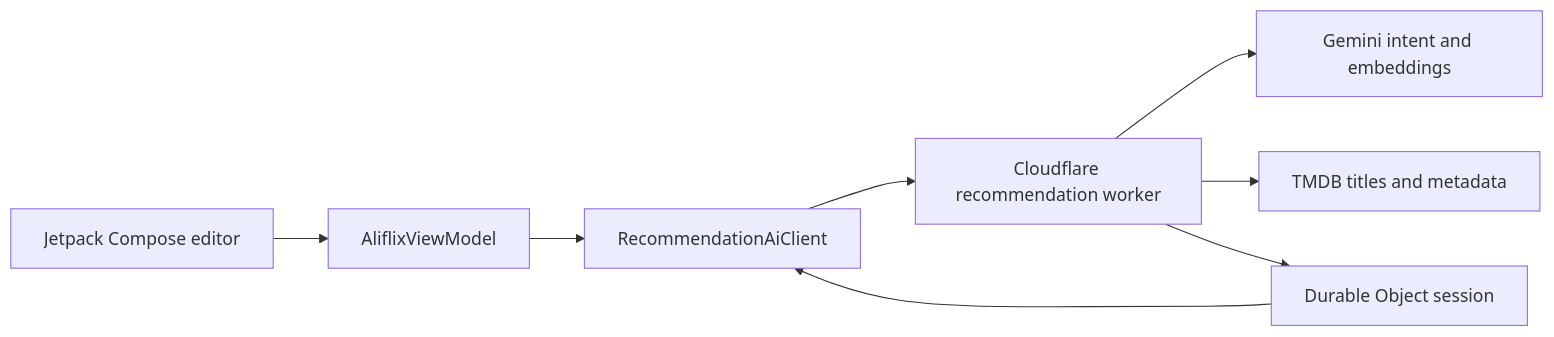
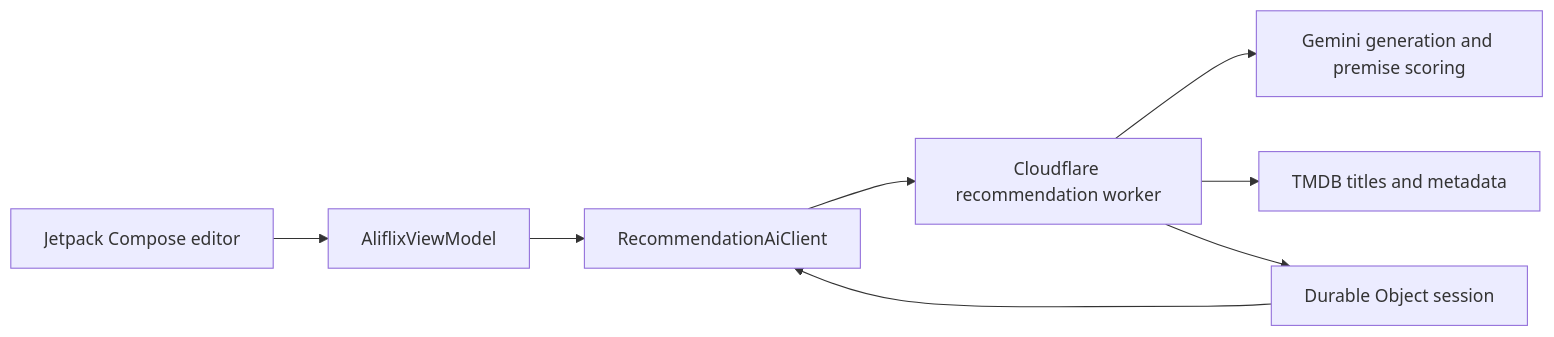
The diagram in README.md (alishaban144/aliflix-android), drawn with Mermaid before and after one commit. The commit also changed other lines of this file and 61 other files, not shown here.

````diff
--- a/README.md
+++ b/README.md
@@ -33,10 +33,10 @@
 ```mermaid
 flowchart LR
     UI[Jetpack Compose editor] --> VM[AliflixViewModel]
     VM --> Client[RecommendationAiClient]
     Client --> Worker[Cloudflare recommendation worker]
-    Worker --> Gemini[Gemini intent and embeddings]
+    Worker --> Gemini[Gemini generation and premise scoring]
     Worker --> TMDB[TMDB titles and metadata]
     Worker --> Session[Durable Object session]
     Session --> Client
 ```
````
